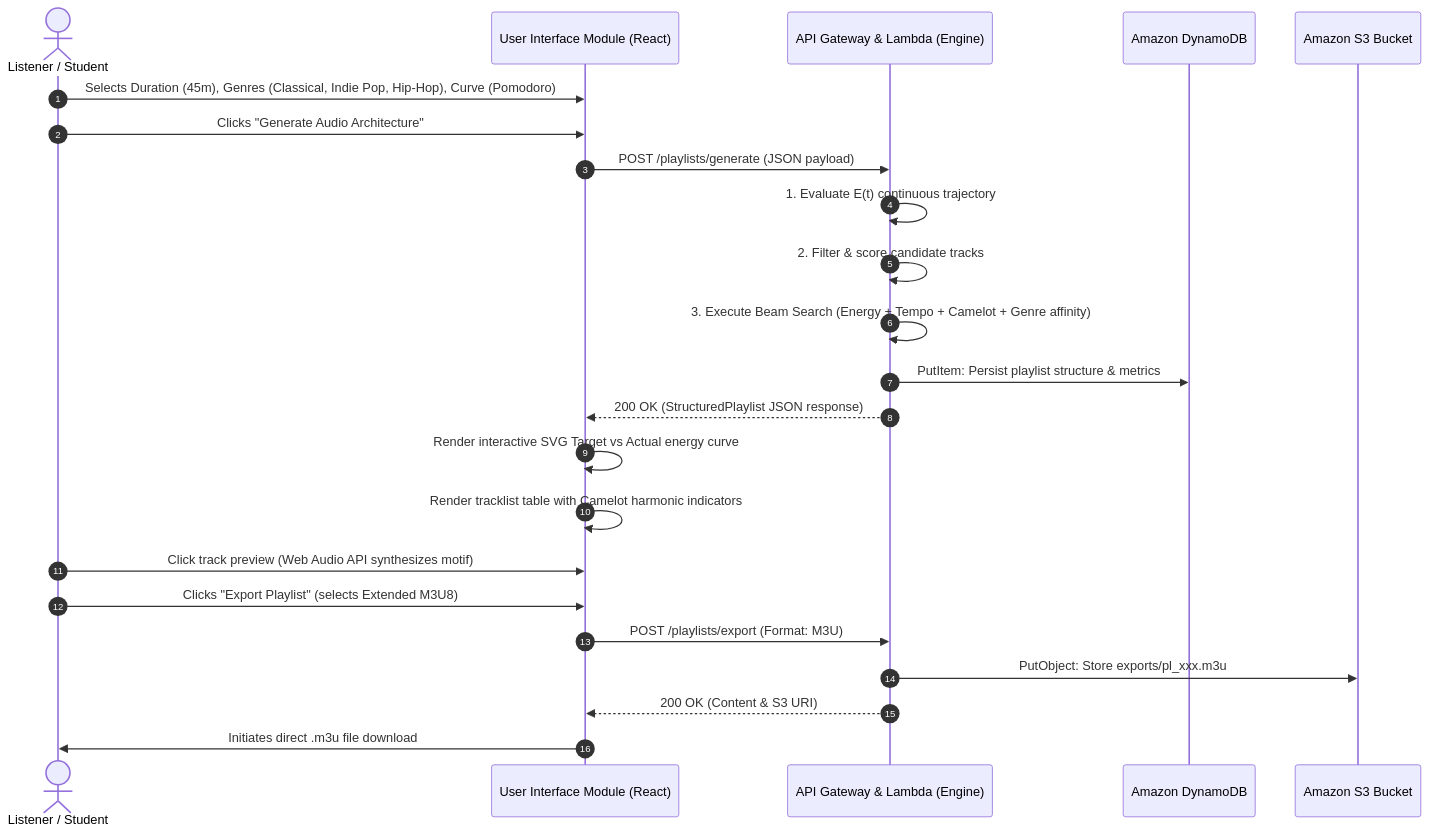
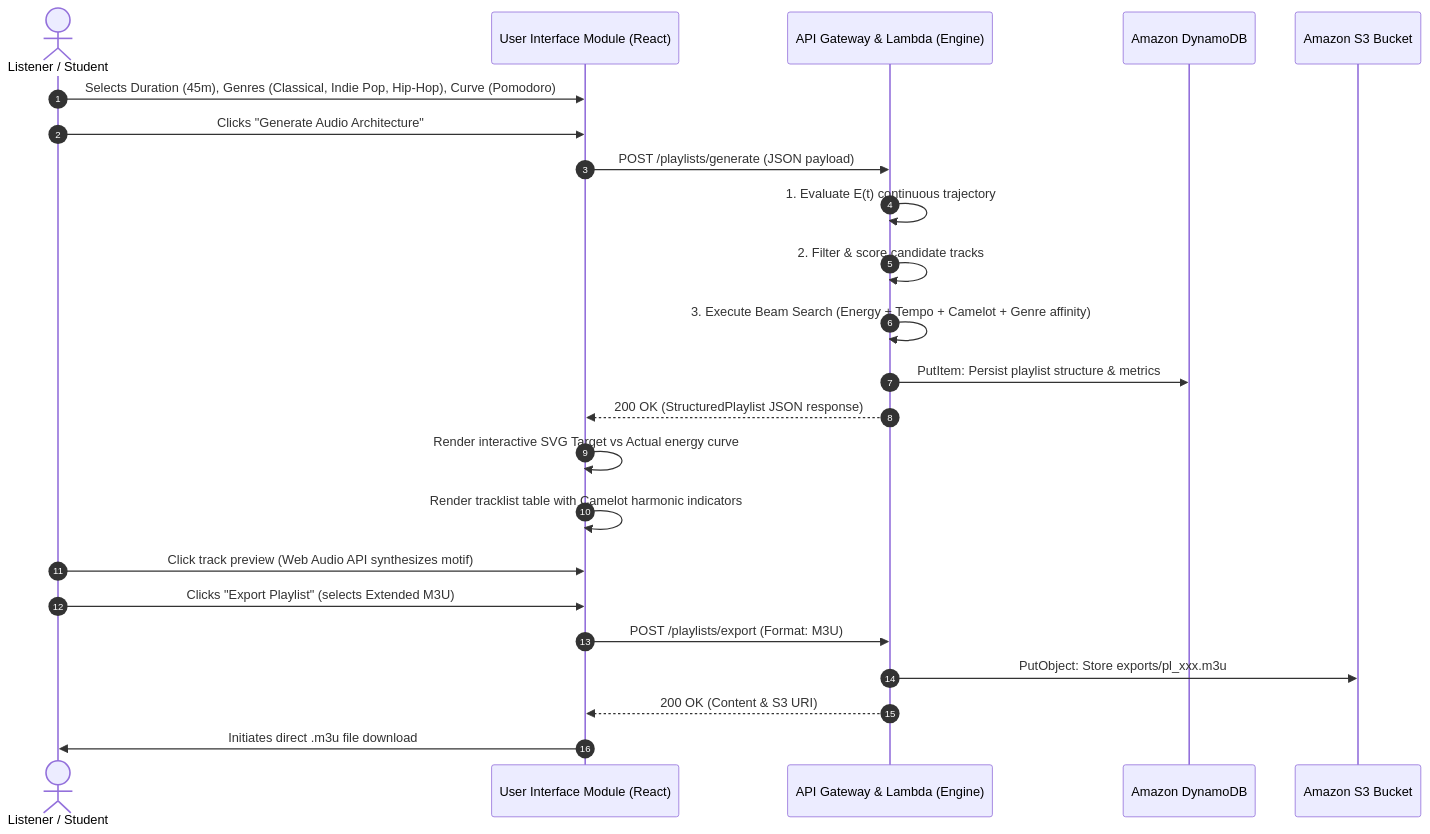
The second of 2 diagrams in docs/TECHNICAL_DESIGN_DOCUMENT.md (DipB3/Audio-Architecture-Playlist-Structuring-API), drawn with Mermaid before and after one commit. The commit also changed other lines of this file and 39 other files, not shown here.

````diff
--- a/docs/TECHNICAL_DESIGN_DOCUMENT.md
+++ b/docs/TECHNICAL_DESIGN_DOCUMENT.md
@@ -97,26 +97,26 @@
 ```mermaid
 sequenceDiagram
     autonumber
     actor User as Listener / Student
     participant UI as User Interface Module (React)
     participant API as API Gateway & Lambda (Engine)
     participant DB as Amazon DynamoDB
     participant S3 as Amazon S3 Bucket
 
     User->>UI: Selects Duration (45m), Genres (Classical, Indie Pop, Hip-Hop), Curve (Pomodoro)
     User->>UI: Clicks "Generate Audio Architecture"
     UI->>API: POST /playlists/generate (JSON payload)
     API->>API: 1. Evaluate E(t) continuous trajectory
     API->>API: 2. Filter & score candidate tracks
     API->>API: 3. Execute Beam Search (Energy + Tempo + Camelot + Genre affinity)
     API->>DB: PutItem: Persist playlist structure & metrics
     API-->>UI: 200 OK (StructuredPlaylist JSON response)
     UI->>UI: Render interactive SVG Target vs Actual energy curve
     UI->>UI: Render tracklist table with Camelot harmonic indicators
     User->>UI: Click track preview (Web Audio API synthesizes motif)
-    User->>UI: Clicks "Export Playlist" (selects Extended M3U8)
+    User->>UI: Clicks "Export Playlist" (selects Extended M3U)
     UI->>API: POST /playlists/export (Format: M3U)
     API->>S3: PutObject: Store exports/pl_xxx.m3u
     API-->>UI: 200 OK (Content & S3 URI)
     UI->>User: Initiates direct .m3u file download
 ```
````
